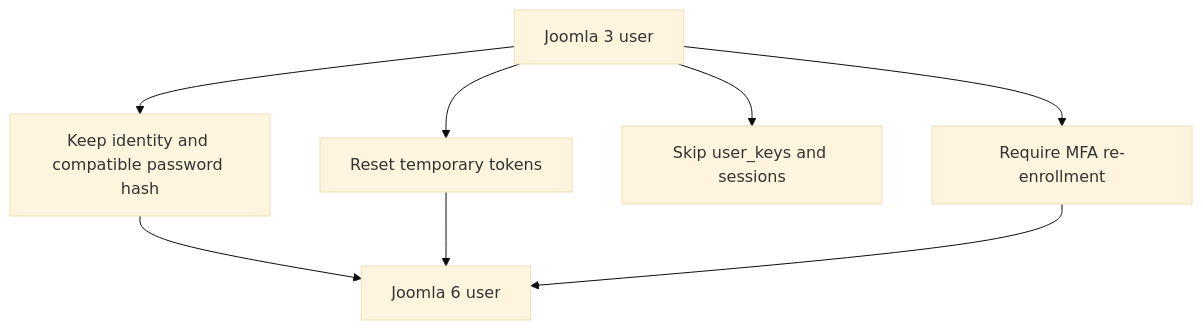
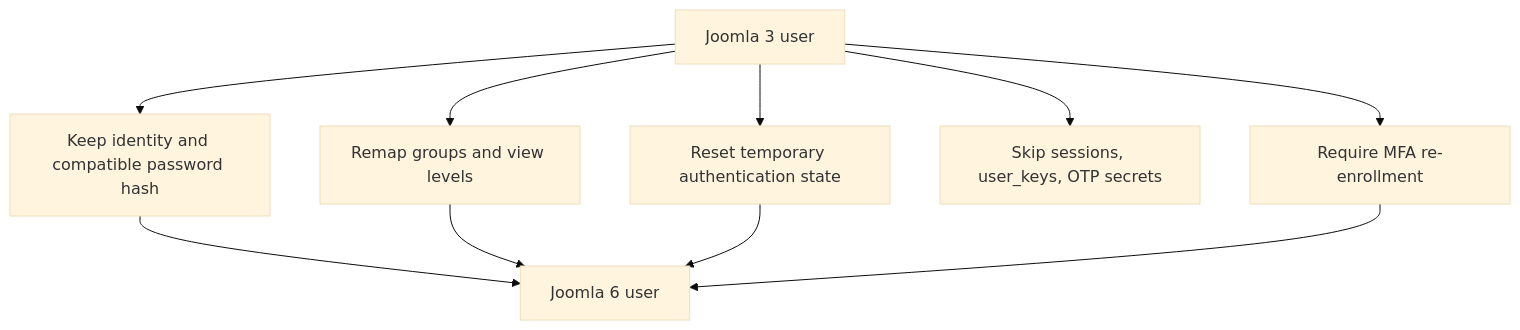
Diagram 15 of 21 in docs/joomla/learning/database/joomla3-vs-joomla6-erd-gap-diagrams.md (duyduyly/php-notebook), drawn with Mermaid (base theme) before and after one commit. The commit also changed other lines of this file, not shown here.

Commit message:
docs: improve Joomla 3 vs Joomla 6 ERD gap diagrams

````diff
--- a/docs/joomla/learning/database/joomla3-vs-joomla6-erd-gap-diagrams.md
+++ b/docs/joomla/learning/database/joomla3-vs-joomla6-erd-gap-diagrams.md
@@ -444,14 +542,14 @@
 ```mermaid
 flowchart TD
     J3USER["Joomla 3 user"]
-    IDENTITY["Keep identity and compatible password hash"]
-    RESET["Reset temporary tokens"]
-    SKIPKEYS["Skip user_keys and sessions"]
-    MFA["Require MFA re-enrollment"]
-    J6USER["Joomla 6 user"]
+    J3USER --> IDENTITY["Keep identity and compatible password hash"]
+    J3USER --> GROUPS["Remap groups and view levels"]
+    J3USER --> RESET["Reset temporary authentication state"]
+    J3USER --> SKIP["Skip sessions, user_keys, OTP secrets"]
+    J3USER --> MFA["Require MFA re-enrollment"]
 
-    J3USER --> IDENTITY --> J6USER
-    J3USER --> RESET --> J6USER
-    J3USER --> SKIPKEYS
-    J3USER --> MFA --> J6USER
+    IDENTITY --> J6USER["Joomla 6 user"]
+    GROUPS --> J6USER
+    RESET --> J6USER
+    MFA --> J6USER
 ```
````
